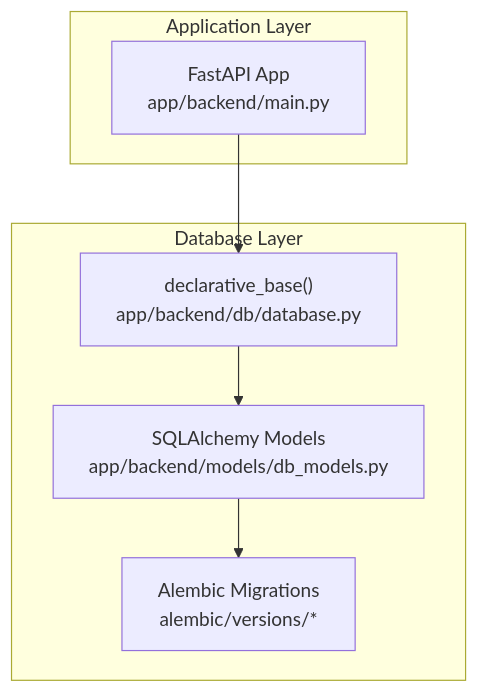
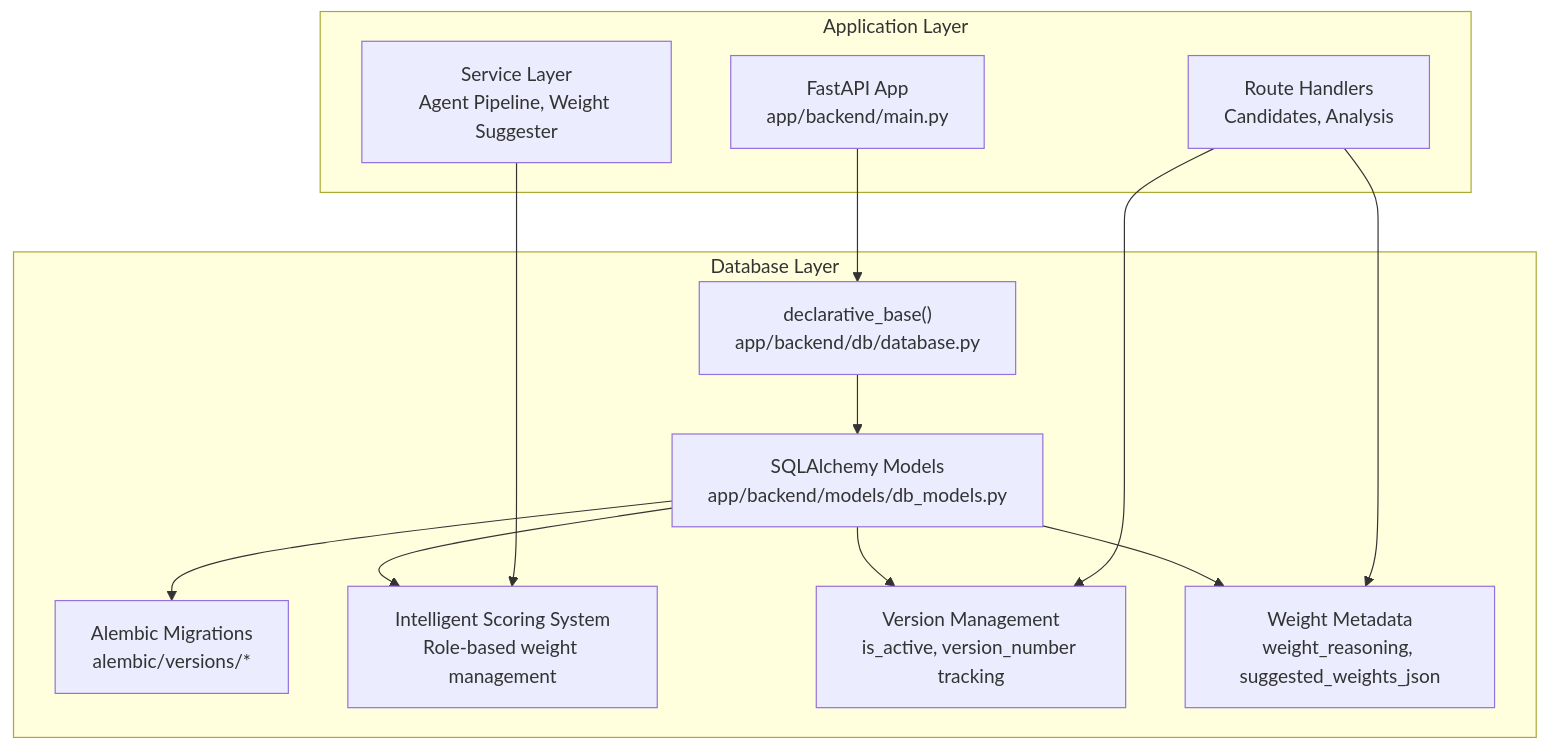
One commit to Revanththetalogics/aireume changed the first of 8 diagrams in .qoder/repowiki/en/content/Database Design/Core Models Overview.md. Above: the diagram before and after it, drawn with Mermaid. The commit also changed other lines of this file and 20 other files, not shown here.

First line of the commit message:
fix: persist complete report data to analysis_result for Candidates page

````diff
--- a/.qoder/repowiki/en/content/Database Design/Core Models Overview.md
+++ b/.qoder/repowiki/en/content/Database Design/Core Models Overview.md
@@ -32,14 +49,25 @@
 ```mermaid
 graph TB
 subgraph "Database Layer"
 Base["declarative_base()<br/>app/backend/db/database.py"]
 Models["SQLAlchemy Models<br/>app/backend/models/db_models.py"]
 Alembic["Alembic Migrations<br/>alembic/versions/*"]
+IntelligentWeights["Intelligent Scoring System<br/>Role-based weight management"]
+VersionManagement["Version Management<br/>is_active, version_number tracking"]
+WeightMetadata["Weight Metadata<br/>weight_reasoning, suggested_weights_json"]
 end
 subgraph "Application Layer"
 Main["FastAPI App<br/>app/backend/main.py"]
+Services["Service Layer<br/>Agent Pipeline, Weight Suggester"]
+Routes["Route Handlers<br/>Candidates, Analysis"]
 end
 Main --> Base
 Base --> Models
 Models --> Alembic
+Models --> IntelligentWeights
+Models --> VersionManagement
+Models --> WeightMetadata
+Services --> IntelligentWeights
+Routes --> VersionManagement
+Routes --> WeightMetadata
 ```
````
